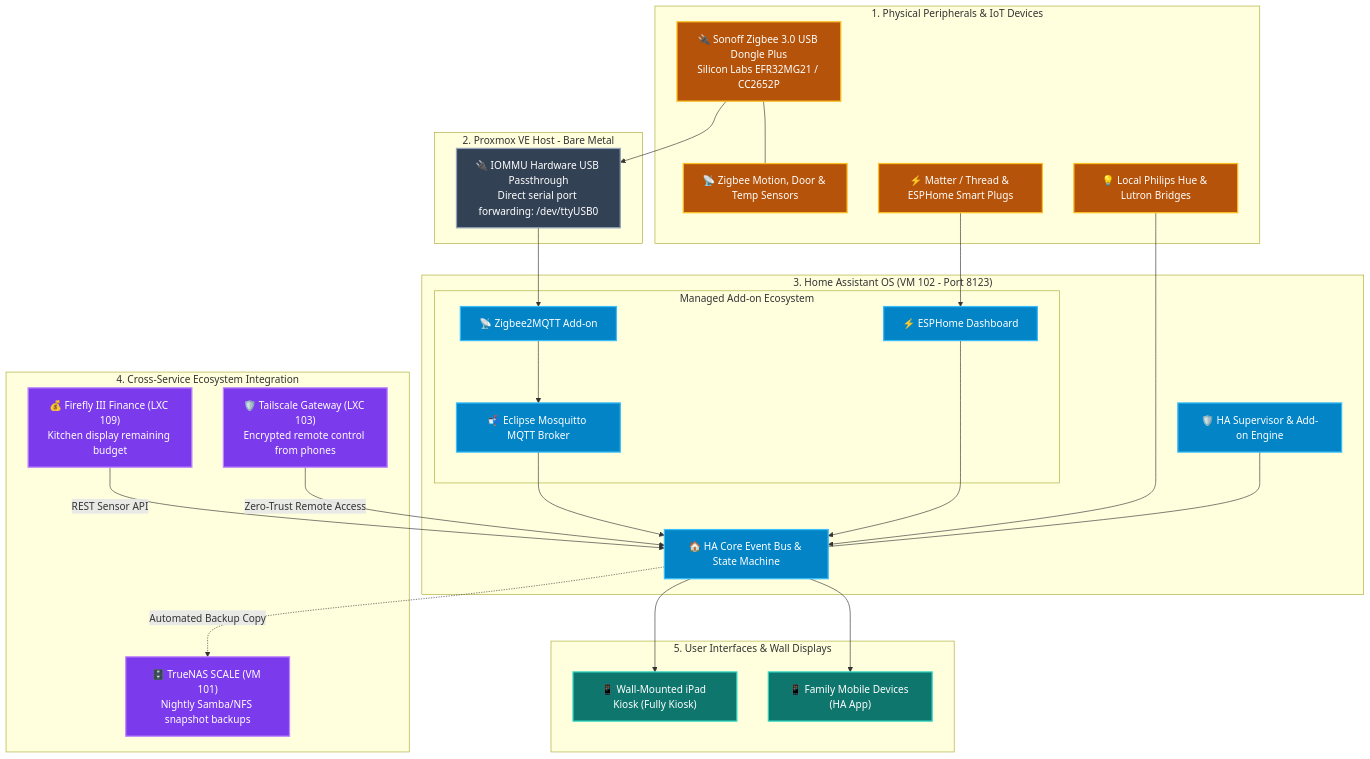
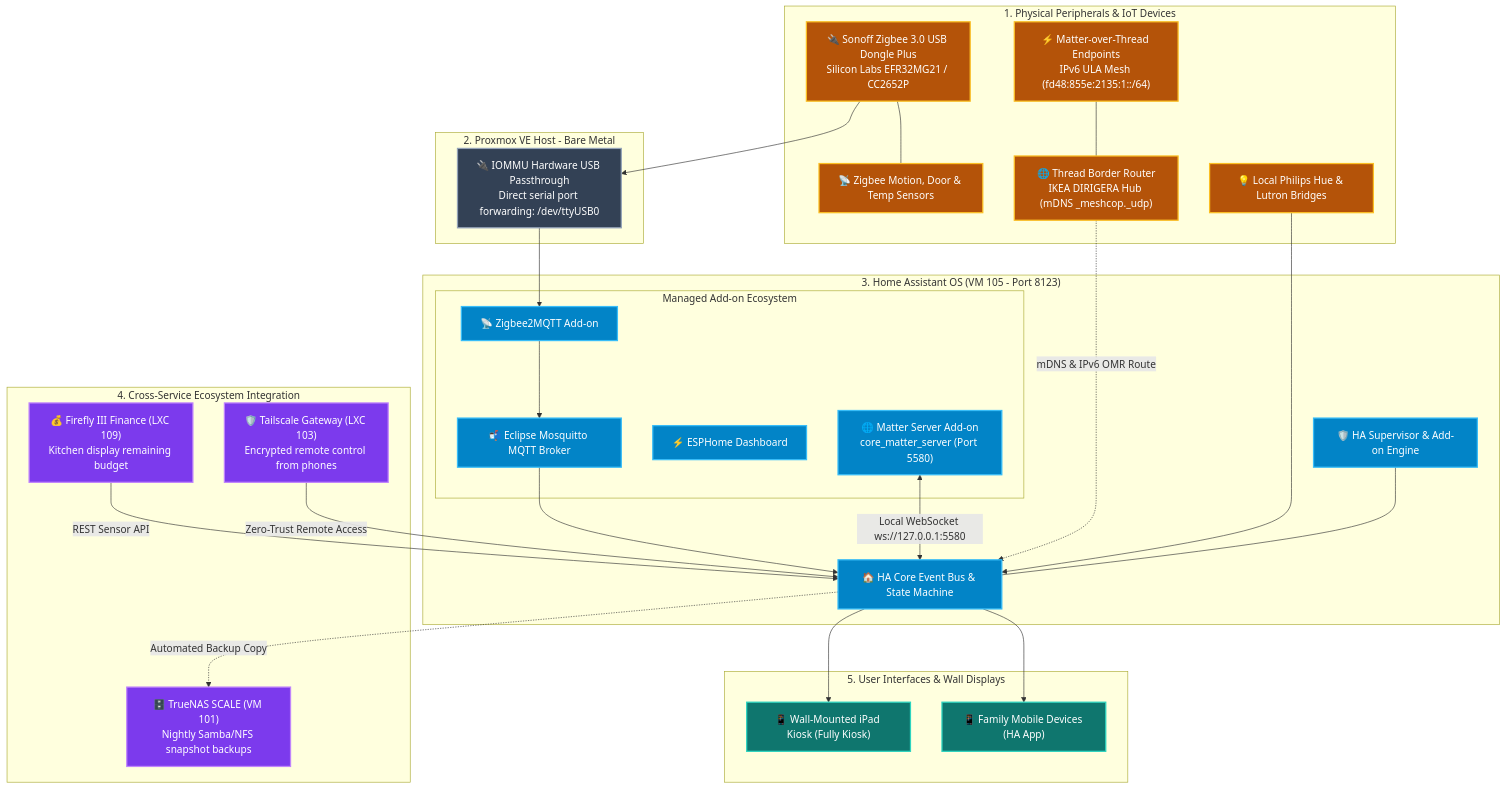
One commit to nishilshah/homelab-blueprints changed the diagram in services/home-assistant/README.md. Above: the diagram before and after it, drawn with Mermaid. The commit also changed other lines of this file and 1 other file, not shown here.

Commit message:
feat(home-assistant): document Matter-over-Thread architecture, Matter server add-on, and Thread border router discovery

````diff
--- a/services/home-assistant/README.md
+++ b/services/home-assistant/README.md
@@ -26,59 +28,62 @@
 ```mermaid
 flowchart TD
     classDef iot fill:#b45309,stroke:#fbbf24,stroke-width:2px,color:#ffffff;
     classDef host fill:#334155,stroke:#94a3b8,stroke-width:2px,color:#ffffff;
     classDef haos fill:#0284c7,stroke:#38bdf8,stroke-width:2px,color:#ffffff;
     classDef link fill:#7c3aed,stroke:#c084fc,stroke-width:2px,color:#ffffff;
     classDef ui fill:#0f766e,stroke:#2dd4bf,stroke-width:2px,color:#ffffff;
 
     subgraph PhysicalPeripherals ["1. Physical Peripherals & IoT Devices"]
         ZigbeeUSB["🔌 Sonoff Zigbee 3.0 USB Dongle Plus<br/>Silicon Labs EFR32MG21 / CC2652P"]:::iot
         Sensors["📡 Zigbee Motion, Door & Temp Sensors"]:::iot
-        Plugs["⚡ Matter / Thread & ESPHome Smart Plugs"]:::iot
+        ThreadBR["🌐 Thread Border Router<br/>IKEA DIRIGERA Hub (mDNS _meshcop._udp)"]:::iot
+        ThreadNodes["⚡ Matter-over-Thread Endpoints<br/>IPv6 ULA Mesh (fd48:855e:2135:1::/64)"]:::iot
         Lights["💡 Local Philips Hue & Lutron Bridges"]:::iot
         
         ZigbeeUSB --- Sensors
+        ThreadNodes --- ThreadBR
     end
 
     subgraph HostHypervisor ["2. Proxmox VE Host - Bare Metal"]
         USBPass["🔌 IOMMU Hardware USB Passthrough<br/>Direct serial port forwarding: /dev/ttyUSB0"]:::host
         ZigbeeUSB --> USBPass
     end
 
-    subgraph HAOS_VM ["3. Home Assistant OS (VM 102 - Port 8123)"]
+    subgraph HAOS_VM ["3. Home Assistant OS (VM 105 - Port 8123)"]
         CoreEngine["🏠 HA Core Event Bus & State Machine"]:::haos
         Supervisor["🛡️ HA Supervisor & Add-on Engine"]:::haos
         
         subgraph ManagedAddons ["Managed Add-on Ecosystem"]
             Z2M["📡 Zigbee2MQTT Add-on"]:::haos
             MQTT["📬 Eclipse Mosquitto MQTT Broker"]:::haos
             ESPHome["⚡ ESPHome Dashboard"]:::haos
+            Matter["🌐 Matter Server Add-on<br/>core_matter_server (Port 5580)"]:::haos
         end
         
         USBPass --> Z2M
         Z2M --> MQTT
         MQTT --> CoreEngine
-        Plugs --> ESPHome
-        ESPHome --> CoreEngine
+        Matter <-->|Local WebSocket ws://127.0.0.1:5580| CoreEngine
+        ThreadBR -.->|mDNS & IPv6 OMR Route| CoreEngine
         Lights --> CoreEngine
         Supervisor --- CoreEngine
     end
 
     subgraph CrossLinkage ["4. Cross-Service Ecosystem Integration"]
         NAS["🗄️ TrueNAS SCALE (VM 101)<br/>Nightly Samba/NFS snapshot backups"]:::link
         FF["💰 Firefly III Finance (LXC 109)<br/>Kitchen display remaining budget"]:::link
         Tailscale["🛡️ Tailscale Gateway (LXC 103)<br/>Encrypted remote control from phones"]:::link
     end
 
     CoreEngine -.->|Automated Backup Copy| NAS
     FF -->|REST Sensor API| CoreEngine
     Tailscale -->|Zero-Trust Remote Access| CoreEngine
 
     subgraph ClientInterfaces ["5. User Interfaces & Wall Displays"]
         Tablet["📱 Wall-Mounted iPad Kiosk (Fully Kiosk)"]:::ui
         Phones["📱 Family Mobile Devices (HA App)"]:::ui
     end
 
     CoreEngine --> Tablet
     CoreEngine --> Phones
 ```
````
